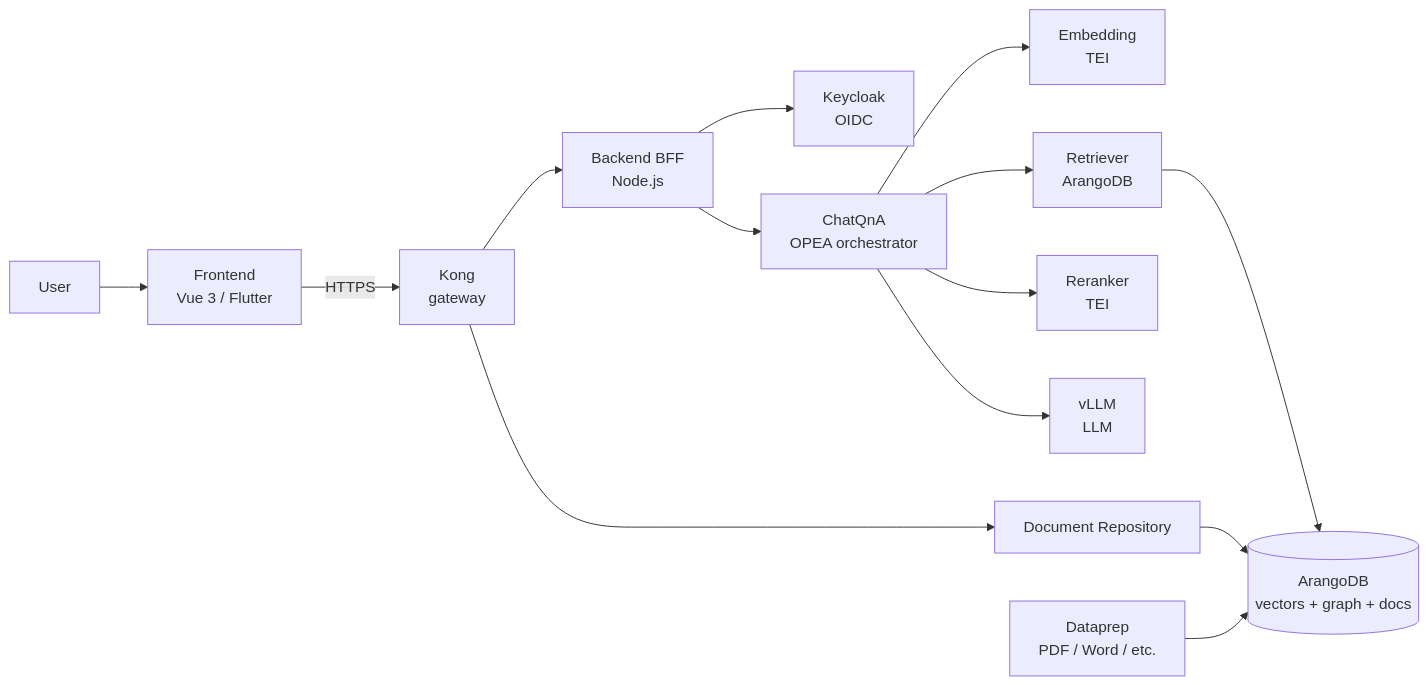
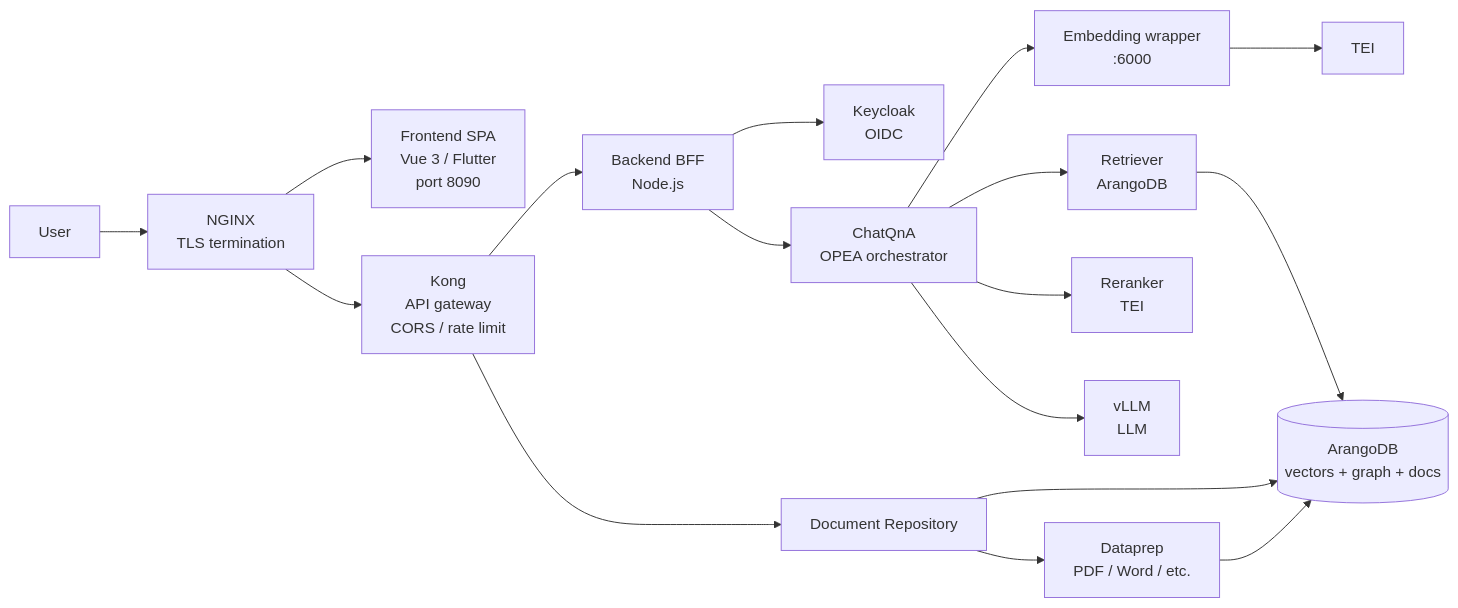
One commit to jrevillard/genie-ai-replica changed the diagram in site/content/en/docs/get-started/concepts.md. Above: the diagram before and after it, drawn with Mermaid. The commit also changed other lines of this file and 2 other files, not shown here.

````diff
--- a/site/content/en/docs/get-started/concepts.md
+++ b/site/content/en/docs/get-started/concepts.md
@@ -13,16 +13,19 @@
 ```mermaid
 flowchart LR
-    U[User] --> FE[Frontend<br/>Vue 3 / Flutter]
-    FE -->|HTTPS| KG[Kong<br/>gateway]
+    U[User] --> NG[NGINX<br/>TLS termination]
+    NG --> FE[Frontend SPA<br/>Vue 3 / Flutter<br/>port 8090]
+    NG --> KG[Kong<br/>API gateway<br/>CORS / rate limit]
     KG --> BE[Backend BFF<br/>Node.js]
     KG --> DR[Document Repository]
     BE --> KC[Keycloak<br/>OIDC]
     BE --> CQ[ChatQnA<br/>OPEA orchestrator]
-    CQ --> EM[Embedding<br/>TEI]
+    CQ --> EM[Embedding wrapper<br/>:6000]
+    EM --> TEI[TEI]
     CQ --> RT[Retriever<br/>ArangoDB]
     CQ --> RR[Reranker<br/>TEI]
     CQ --> LM[vLLM<br/>LLM]
     DR --> ADB[(ArangoDB<br/>vectors + graph + docs)]
     RT --> ADB
-    EMB_IMPL[Dataprep<br/>PDF / Word / etc.] --> ADB
+    DP[Dataprep<br/>PDF / Word / etc.] --> ADB
+    DR --> DP
 ```
````
